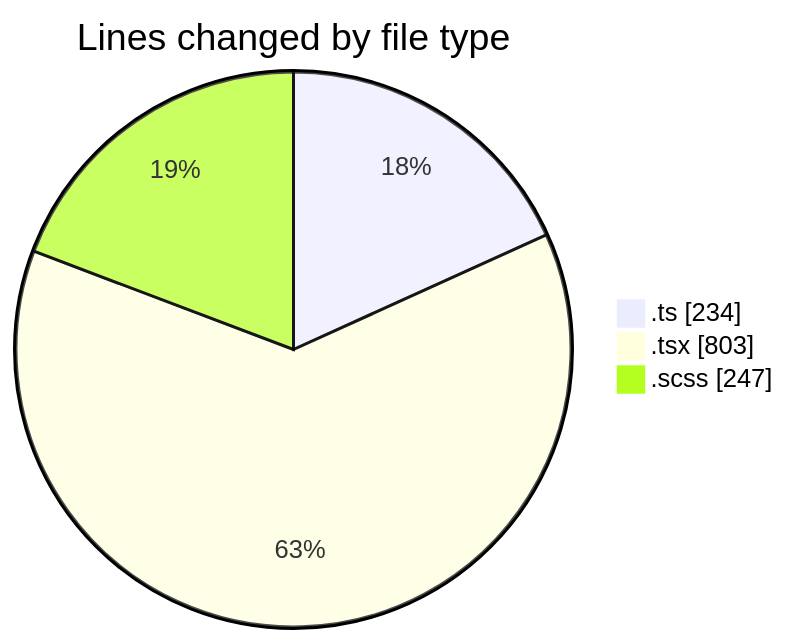
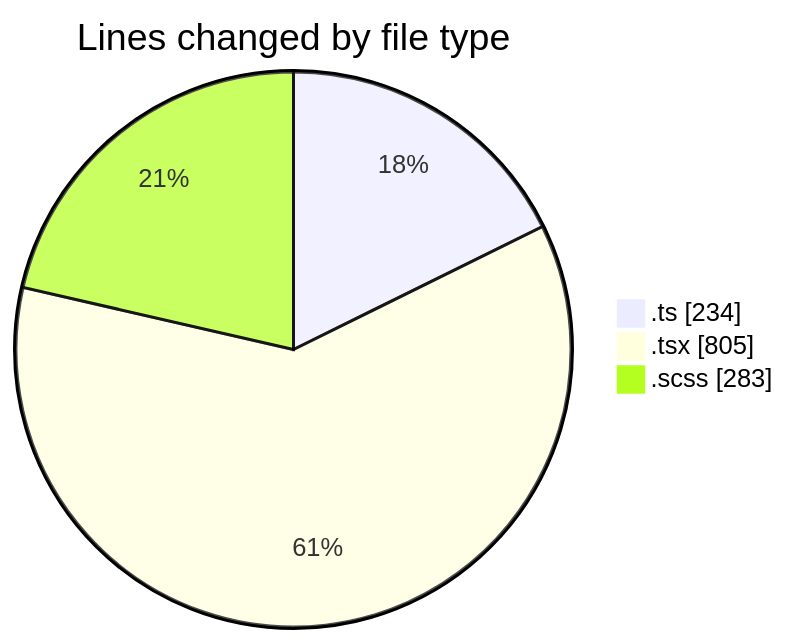
One commit to momahboobian/code-tracking changed the first of 2 diagrams in 2025-05-01/cda/README.md. Above: the diagram before and after it, drawn with Mermaid. The commit also changed other lines of this file and 1 other file, not shown here.

````diff
--- a/2025-05-01/cda/README.md
+++ b/2025-05-01/cda/README.md
@@ -27,7 +28,7 @@
 ```mermaid
 pie showData
 title Lines changed by file type
 ".ts" : 234
-".tsx" : 803
-".scss" : 247
+".tsx" : 805
+".scss" : 283
 ```
````
